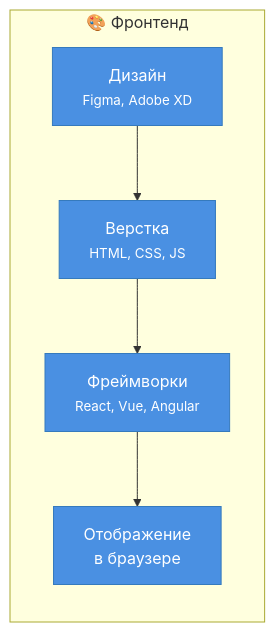
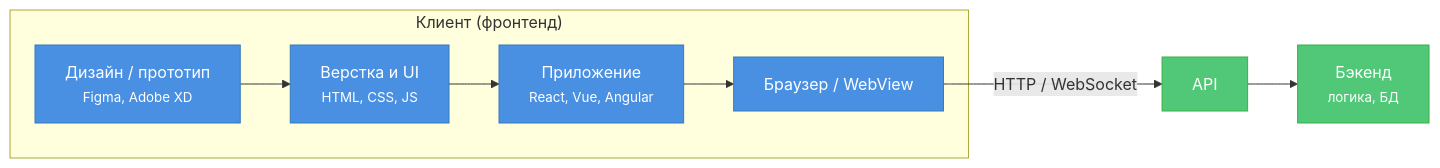
Before and after one commit to Spirzen/it-knowledge-base: the diagram in docs/encyclopedia/1-basics/1-23-frontend-i-bekend/1.md, drawn with Mermaid. The commit also changed other lines of this file and 1180 other files, not shown here.

````diff
--- a/docs/encyclopedia/1-basics/1-23-frontend-i-bekend/1.md
+++ b/docs/encyclopedia/1-basics/1-23-frontend-i-bekend/1.md
@@ -34,14 +48,18 @@
 ```mermaid
-graph LR
+flowchart LR
     classDef frontend fill:#4A90E2,stroke:#357ABD,color:white;
     classDef backend fill:#50C878,stroke:#3CB043,color:white;
 
-    subgraph Frontend["🎨 Фронтенд"]
-        A[Дизайн<br><small>Figma, Adobe XD</small>] 
-        --> B[Верстка<br><small>HTML, CSS, JS</small>]
-        --> C[Фреймворки<br><small>React, Vue, Angular</small>]
-        --> D[Отображение<br>в браузере]
+    subgraph Client["Клиент (фронтенд)"]
+        A[Дизайн / прототип<br><small>Figma, Adobe XD</small>]
+        --> B[Верстка и UI<br><small>HTML, CSS, JS</small>]
+        --> C[Приложение<br><small>React, Vue, Angular</small>]
+        --> D[Браузер / WebView]
     end
-	
-	class A,B,C,D frontend
+
+    D -->|HTTP / WebSocket| E[API]
+    E --> F[Бэкенд<br><small>логика, БД</small>]
+
+    class A,B,C,D frontend
+    class E,F backend
 ```
````
